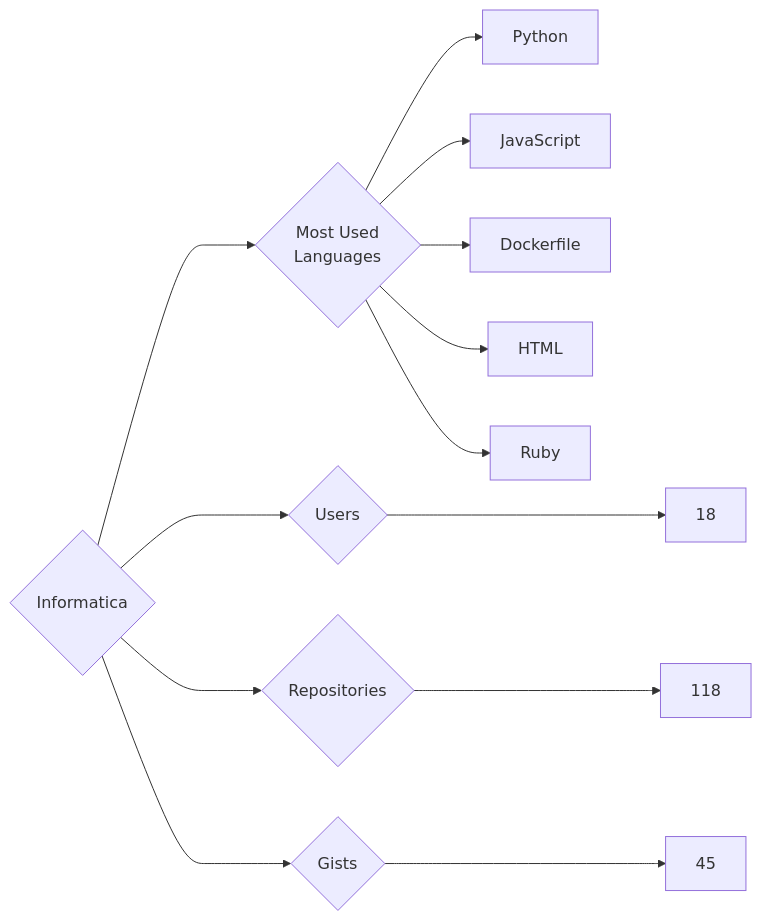
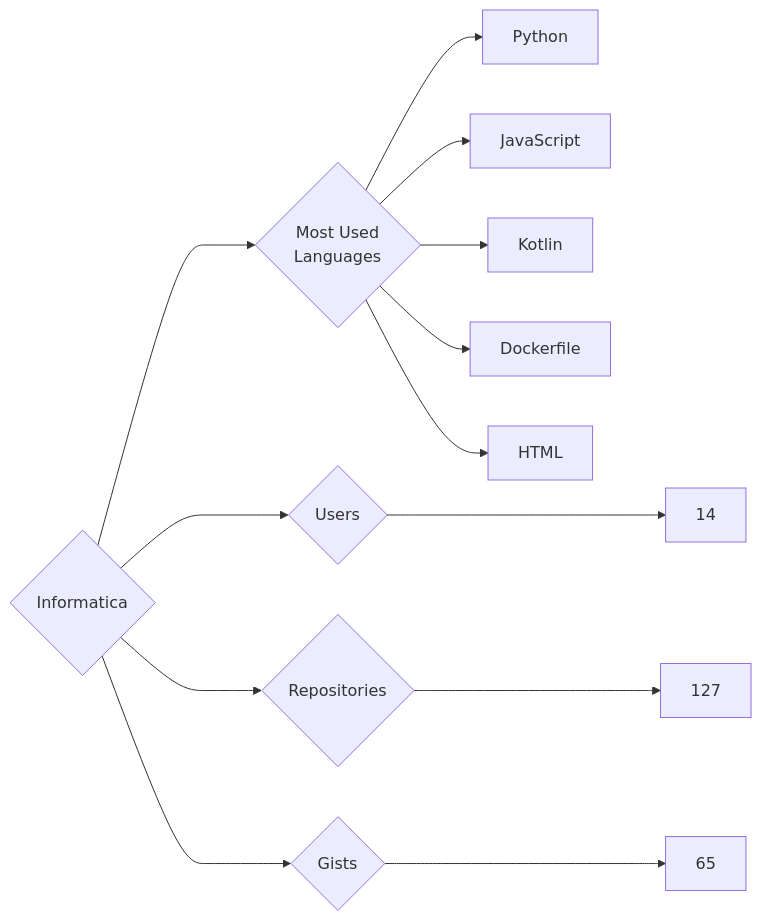
Before and after one commit to trickest/insiders: the diagram in targets/Informatica/README.md, drawn with Mermaid. The commit also changed 777 other files, not shown here.

````diff
--- a/targets/Informatica/README.md
+++ b/targets/Informatica/README.md
@@ -3,13 +3,13 @@
 ```mermaid
 graph LR
 COMPANY_NAME{Informatica}
-COMPANY_NAME ---> U{Users} ---> UN[18]
-COMPANY_NAME ---> R{Repositories} ---> RN[118]
-COMPANY_NAME ---> G{Gists} ---> GN[45]
+COMPANY_NAME ---> U{Users} ---> UN[14]
+COMPANY_NAME ---> R{Repositories} ---> RN[127]
+COMPANY_NAME ---> G{Gists} ---> GN[65]
 COMPANY_NAME ---> ML{Most Used<br>Languages}
 ML --> Python[Python]
 ML --> JavaScript[JavaScript]
+ML --> Kotlin[Kotlin]
 ML --> Dockerfile[Dockerfile]
 ML --> HTML[HTML]
-ML --> Ruby[Ruby]
 ```
````
